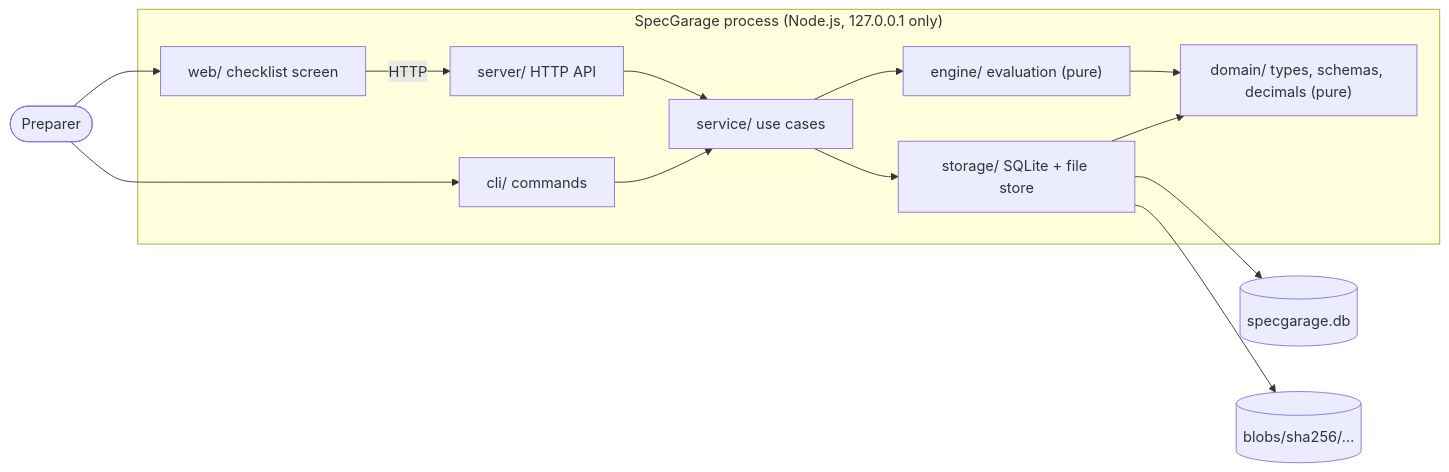
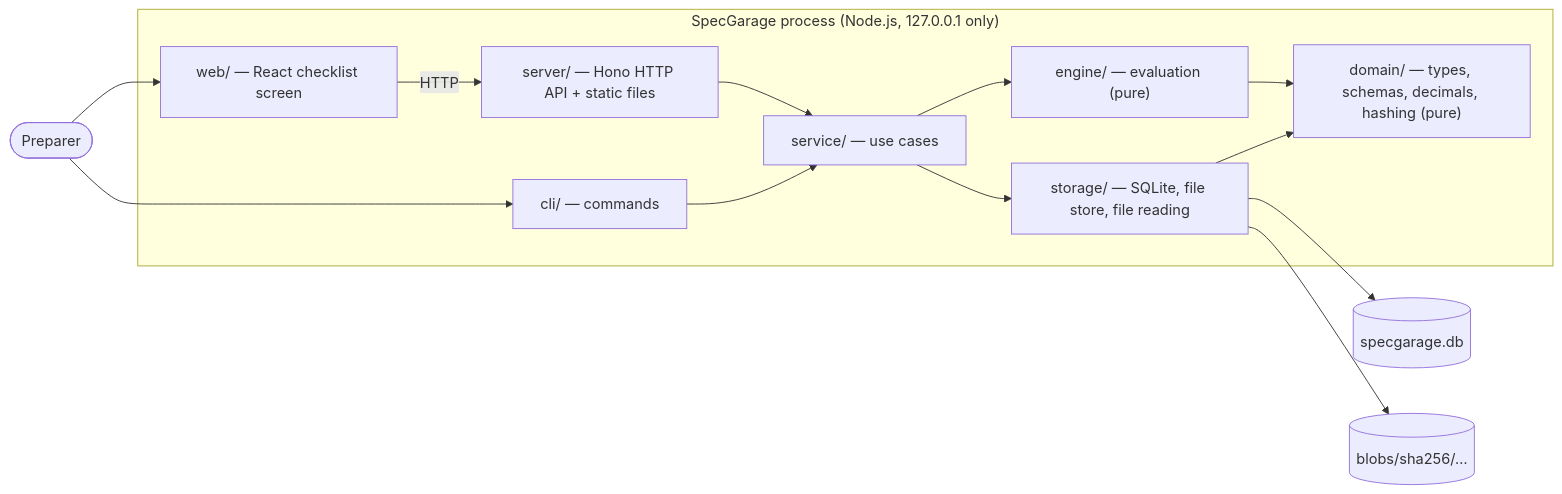
Before and after one commit to DavidEspinosa42/specgarage: the diagram in docs/architecture.md, drawn with Mermaid. The commit also changed other lines of this file and 8 other files, not shown here.

````diff
--- a/docs/architecture.md
+++ b/docs/architecture.md
@@ -9,25 +7,26 @@
 ```mermaid
 flowchart LR
-  user([Preparer]) --> UI
+  user([Preparer])
+  user --> UI
   user --> CLI
 
   subgraph proc["SpecGarage process (Node.js, 127.0.0.1 only)"]
-    UI["web/ checklist screen"]
-    API["server/ HTTP API"]
-    CLI["cli/ commands"]
-    SVC["service/ use cases"]
-    ENG["engine/ evaluation (pure)"]
-    DOM["domain/ types, schemas, decimals (pure)"]
-    STO["storage/ SQLite + file store"]
+    UI["web/ — React checklist screen"]
+    API["server/ — Hono HTTP API + static files"]
+    CLI["cli/ — commands"]
+    SVC["service/ — use cases"]
+    ENG["engine/ — evaluation (pure)"]
+    DOM["domain/ — types, schemas, decimals, hashing (pure)"]
+    STO["storage/ — SQLite, file store, file reading"]
   end
 
   UI -->|HTTP| API
   API --> SVC
   CLI --> SVC
   SVC --> ENG
   SVC --> STO
   ENG --> DOM
   STO --> DOM
   STO --> DB[("specgarage.db")]
   STO --> FS[("blobs/sha256/…")]
 ```
````
